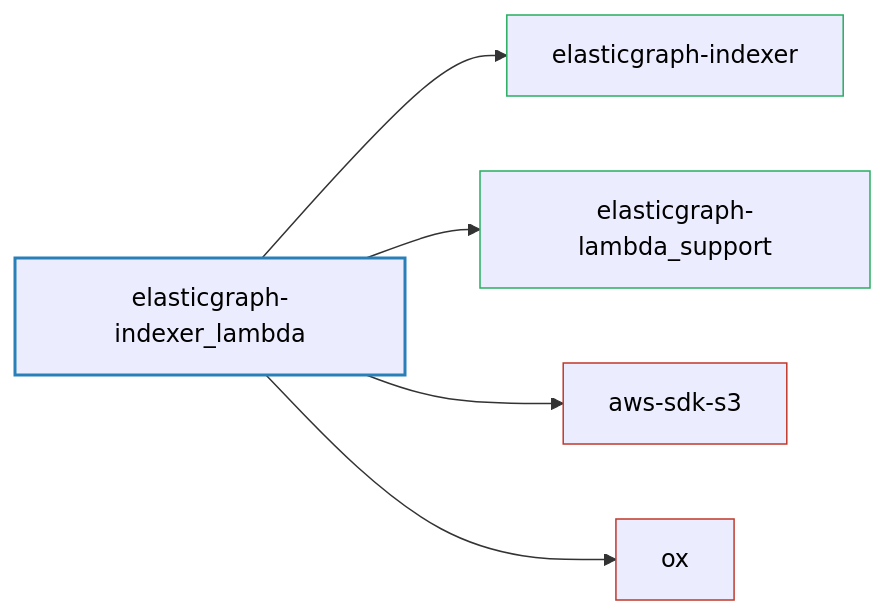
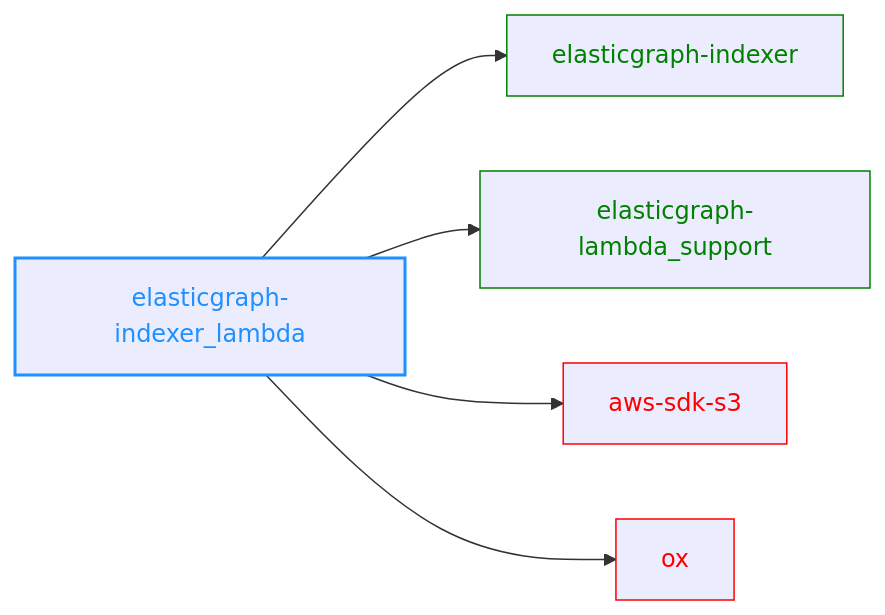
Before and after one commit to block/elasticgraph: the diagram in elasticgraph-indexer_lambda/README.md, drawn with Mermaid. The commit also changed 23 other files, not shown here.

````diff
--- a/elasticgraph-indexer_lambda/README.md
+++ b/elasticgraph-indexer_lambda/README.md
@@ -7,17 +7,19 @@
 ```mermaid
 graph LR;
     elasticgraph-indexer_lambda["elasticgraph-indexer_lambda"];
     elasticgraph-indexer["elasticgraph-indexer"];
     elasticgraph-indexer_lambda --> elasticgraph-indexer;
     elasticgraph-lambda_support["elasticgraph-lambda_support"];
     elasticgraph-indexer_lambda --> elasticgraph-lambda_support;
     aws-sdk-s3["aws-sdk-s3"];
     elasticgraph-indexer_lambda --> aws-sdk-s3;
     ox["ox"];
     elasticgraph-indexer_lambda --> ox;
-    style elasticgraph-indexer_lambda fill:#lightblue,stroke:#2980b9,stroke-width:2px,color:#000;
-    style elasticgraph-indexer fill:#lightgreen,stroke:#27ae60,stroke-width:1px,color:#000;
-    style elasticgraph-lambda_support fill:#lightgreen,stroke:#27ae60,stroke-width:1px,color:#000;
-    style aws-sdk-s3 fill:#lightcoral,stroke:#c0392b,stroke-width:1px,color:#000;
-    style ox fill:#lightcoral,stroke:#c0392b,stroke-width:1px,color:#000;
+    style elasticgraph-indexer_lambda color:DodgerBlue,stroke-width:2px,stroke:DodgerBlue;
+    style elasticgraph-indexer color:Green,stroke:Green;
+    style elasticgraph-lambda_support color:Green,stroke:Green;
+    style aws-sdk-s3 color:Red,stroke:Red;
+    style ox color:Red,stroke:Red;
+    click aws-sdk-s3 href "https://rubygems.org/gems/aws-sdk-s3" "Open on RubyGems.org" _blank;
+    click ox href "https://rubygems.org/gems/ox" "Open on RubyGems.org" _blank;
 ```
````
